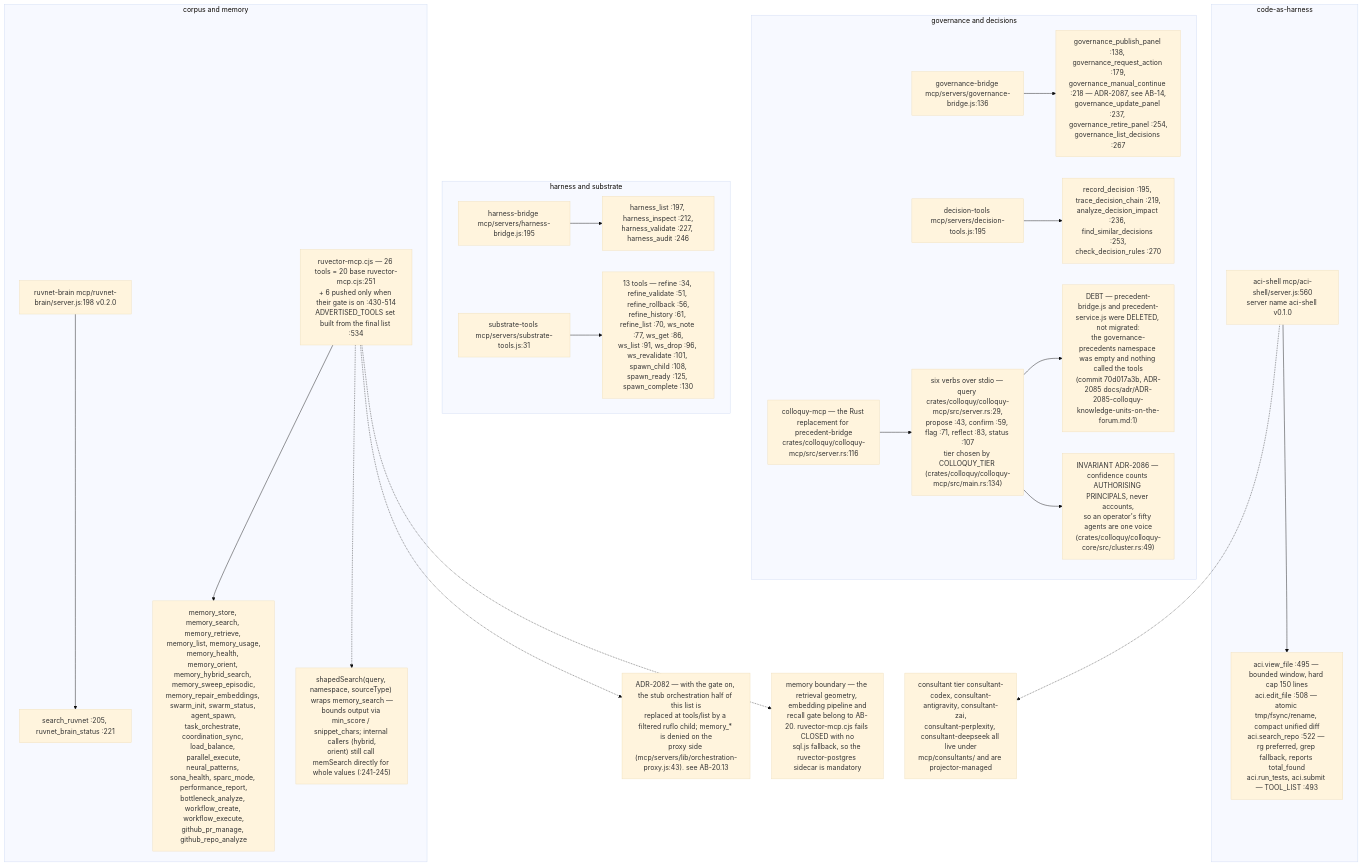
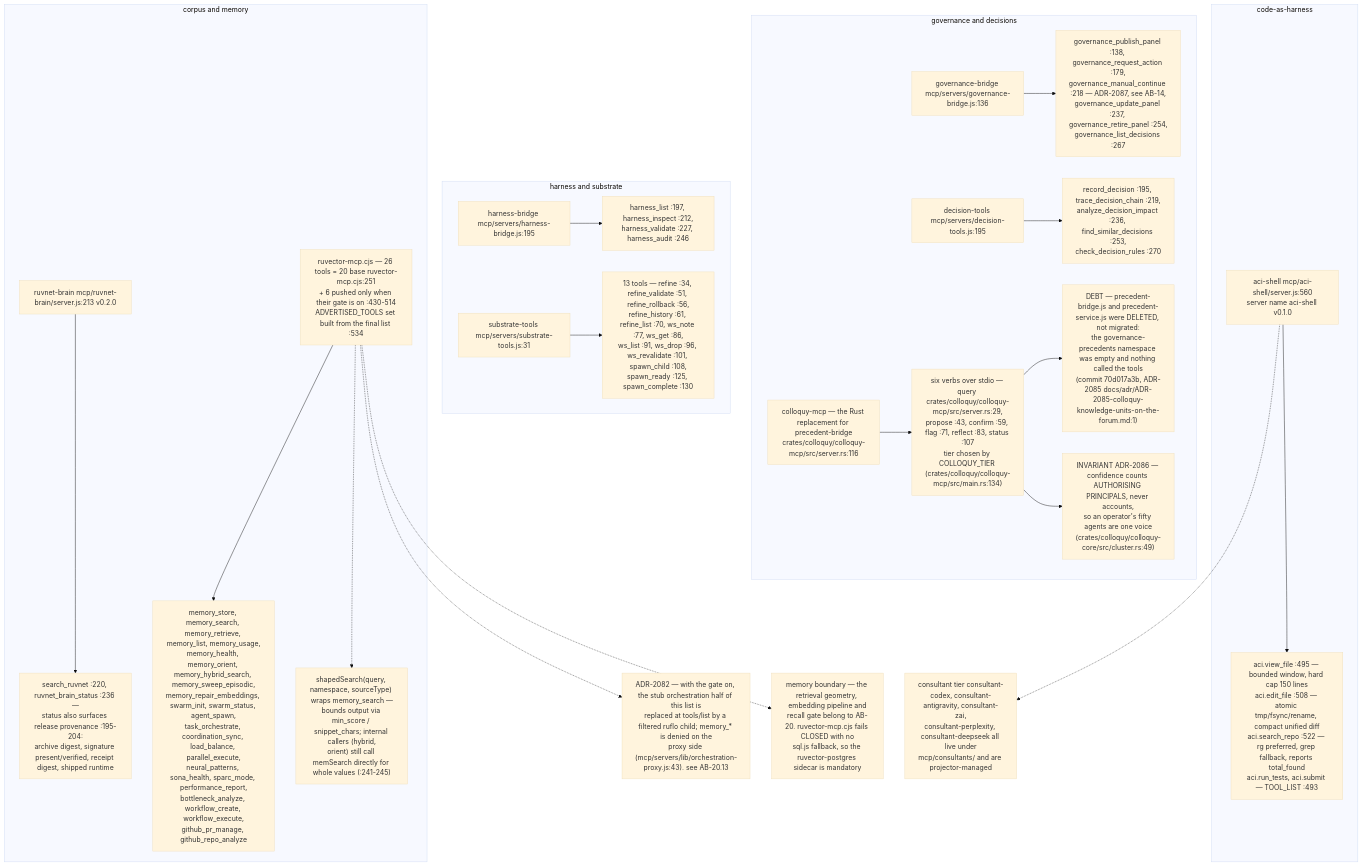
Before and after one commit to DreamLab-AI/VisionFlow: the fifth of 7 diagrams in docs/diagrams/agentbox/09-mcp-servers-catalogue.md, drawn with Mermaid (base theme). The commit also changed other lines of this file and 111 other files, not shown here.

Commit message:
docs(diagrams): align estate maps with current source

````diff
--- a/docs/diagrams/agentbox/09-mcp-servers-catalogue.md
+++ b/docs/diagrams/agentbox/09-mcp-servers-catalogue.md
@@ -161,26 +161,26 @@
 ```mermaid
 flowchart TB
     subgraph CODE["code-as-harness"]
         A["aci-shell mcp/aci-shell/server.js:560<br/>server name aci-shell v0.1.0"]
         A --> AT["aci.view_file :495 — bounded window, hard cap 150 lines<br/>aci.edit_file :508 — atomic tmp/fsync/rename, compact unified diff<br/>aci.search_repo :522 — rg preferred, grep fallback, reports total_found<br/>aci.run_tests, aci.submit — TOOL_LIST :493"]
     end
     subgraph GOV["governance and decisions"]
         D["governance-bridge mcp/servers/governance-bridge.js:136"] --> DT["governance_publish_panel :138, governance_request_action :179,<br/>governance_manual_continue :218 — ADR-2087, see AB-14,<br/>governance_update_panel :237, governance_retire_panel :254,<br/>governance_list_decisions :267"]
         E["decision-tools mcp/servers/decision-tools.js:195"] --> ET["record_decision :195, trace_decision_chain :219,<br/>analyze_decision_impact :236, find_similar_decisions :253,<br/>check_decision_rules :270"]
         F["colloquy-mcp — the Rust replacement for precedent-bridge<br/>crates/colloquy/colloquy-mcp/src/server.rs:116"] --> FT["six verbs over stdio — query crates/colloquy/colloquy-mcp/src/server.rs:29,<br/>propose :43, confirm :59, flag :71, reflect :83, status :107<br/>tier chosen by COLLOQUY_TIER (crates/colloquy/colloquy-mcp/src/main.rs:134)"]
         FT --> FR["DEBT — precedent-bridge.js and precedent-service.js were DELETED, not migrated:<br/>the governance-precedents namespace was empty and nothing called the tools<br/>(commit 70d017a3b, ADR-2085 docs/adr/ADR-2085-colloquy-knowledge-units-on-the-forum.md:1)"]
         FT --> FI["INVARIANT ADR-2086 — confidence counts AUTHORISING PRINCIPALS, never accounts,<br/>so an operator's fifty agents are one voice<br/>(crates/colloquy/colloquy-core/src/cluster.rs:49)"]
     end
     subgraph HARN["harness and substrate"]
         G["harness-bridge mcp/servers/harness-bridge.js:195"] --> GT["harness_list :197, harness_inspect :212,<br/>harness_validate :227, harness_audit :246"]
         H["substrate-tools mcp/servers/substrate-tools.js:31"] --> HT["13 tools — refine :34, refine_validate :51, refine_rollback :56,<br/>refine_history :61, refine_list :70, ws_note :77, ws_get :86,<br/>ws_list :91, ws_drop :96, ws_revalidate :101, spawn_child :108,<br/>spawn_ready :125, spawn_complete :130"]
     end
     subgraph KB["corpus and memory"]
-        I["ruvnet-brain mcp/ruvnet-brain/server.js:198 v0.2.0"] --> IT["search_ruvnet :205, ruvnet_brain_status :221"]
+        I["ruvnet-brain mcp/ruvnet-brain/server.js:213 v0.2.0"] --> IT["search_ruvnet :220, ruvnet_brain_status :236 —<br/>status also surfaces release provenance :195-204:<br/>archive digest, signature present/verified, receipt digest, shipped runtime"]
         J["ruvector-mcp.cjs — 26 tools = 20 base ruvector-mcp.cjs:251<br/>+ 6 pushed only when their gate is on :430-514<br/>ADVERTISED_TOOLS set built from the final list :534"] --> JT["memory_store, memory_search, memory_retrieve, memory_list, memory_usage,<br/>memory_health, memory_orient, memory_hybrid_search, memory_sweep_episodic,<br/>memory_repair_embeddings, swarm_init, swarm_status, agent_spawn,<br/>task_orchestrate, coordination_sync, load_balance, parallel_execute,<br/>neural_patterns, sona_health, sparc_mode, performance_report,<br/>bottleneck_analyze, workflow_create, workflow_execute,<br/>github_pr_manage, github_repo_analyze"]
         J -.-> JS["shapedSearch(query, namespace, sourceType) wraps memory_search —<br/>bounds output via min_score / snippet_chars; internal callers (hybrid,<br/>orient) still call memSearch directly for whole values (:241-245)"]
     end
     J -.-> RVO["ADR-2082 — with the gate on, the stub orchestration half of this list is<br/>replaced at tools/list by a filtered ruflo child; memory_* is denied on the<br/>proxy side (mcp/servers/lib/orchestration-proxy.js:43). see AB-20.13"]
     J -.-> RVB["memory boundary — the retrieval geometry, embedding pipeline and<br/>recall gate belong to AB-20. ruvector-mcp.cjs fails CLOSED with no<br/>sql.js fallback, so the ruvector-postgres sidecar is mandatory"]
     A -.-> AB["consultant tier consultant-codex, consultant-antigravity, consultant-zai,<br/>consultant-perplexity, consultant-deepseek all live under<br/>mcp/consultants/ and are projector-managed"]
 ```
````
